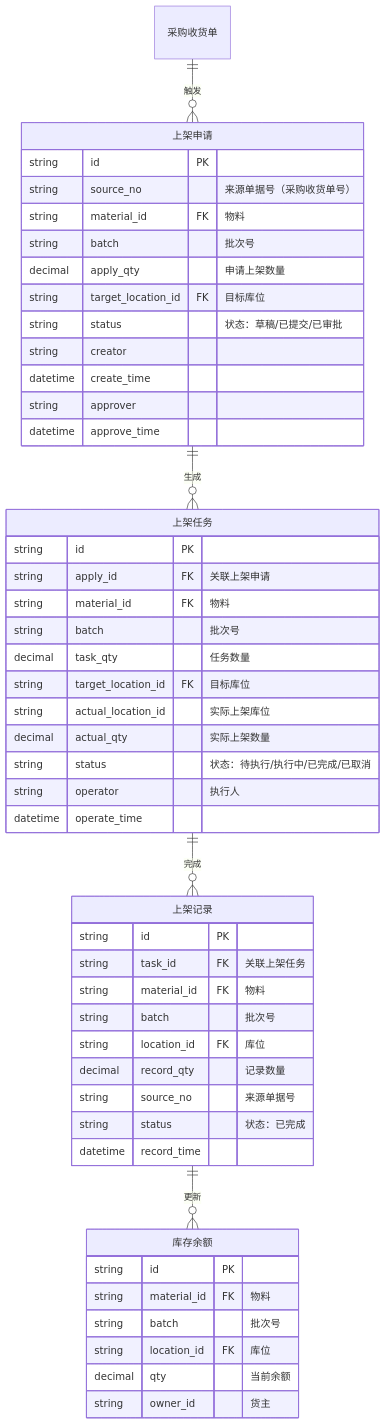
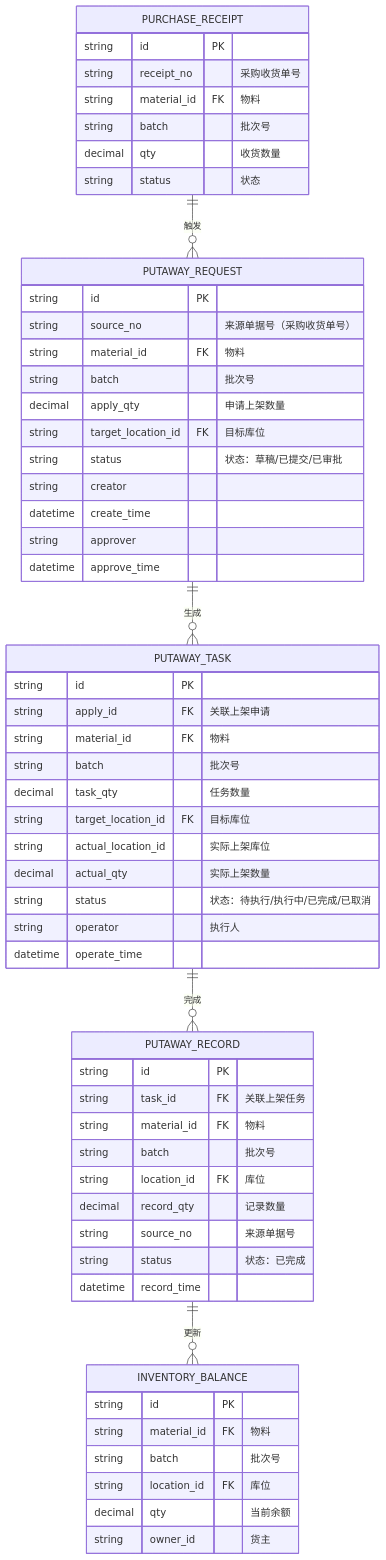
The first of 2 diagrams in docs/05-WMS-库房管理/05-采购上架/index.md (jiargcn/MomProductDocument), drawn with Mermaid before and after one commit. The commit also changed 3 other files, not shown here.

First line of the commit message:
fix: Mermaid ER/sequence 图渲染错误 — 中文实体名改为英文别名，participant 声明加空格

````diff
--- a/docs/05-WMS-库房管理/05-采购上架/index.md
+++ b/docs/05-WMS-库房管理/05-采购上架/index.md
@@ -19,56 +19,65 @@
 ```mermaid
 erDiagram
-    采购收货单 ||--o{ 上架申请 : "触发"
-    上架申请 ||--o{ 上架任务 : "生成"
-    上架任务 ||--o{ 上架记录 : "完成"
-    上架记录 ||--o{ 库存余额 : "更新"
+    PURCHASE_RECEIPT {
+        string id PK
+        string receipt_no "采购收货单号"
+        string material_id FK "物料"
+        string batch "批次号"
+        decimal qty "收货数量"
+        string status "状态"
+    }
 
-    上架申请 {
+    PUTAWAY_REQUEST {
         string id PK
         string source_no "来源单据号（采购收货单号）"
         string material_id FK "物料"
         string batch "批次号"
         decimal apply_qty "申请上架数量"
         string target_location_id FK "目标库位"
         string status "状态：草稿/已提交/已审批"
         string creator
         datetime create_time
         string approver
         datetime approve_time
     }
 
-    上架任务 {
+    PUTAWAY_TASK {
         string id PK
         string apply_id FK "关联上架申请"
         string material_id FK "物料"
         string batch "批次号"
         decimal task_qty "任务数量"
         string target_location_id FK "目标库位"
         string actual_location_id "实际上架库位"
         decimal actual_qty "实际上架数量"
         string status "状态：待执行/执行中/已完成/已取消"
         string operator "执行人"
         datetime operate_time
     }
 
-    上架记录 {
+    PUTAWAY_RECORD {
         string id PK
         string task_id FK "关联上架任务"
         string material_id FK "物料"
         string batch "批次号"
         string location_id FK "库位"
         decimal record_qty "记录数量"
         string source_no "来源单据号"
         string status "状态：已完成"
         datetime record_time
     }
 
-    库存余额 {
+    INVENTORY_BALANCE {
         string id PK
         string material_id FK "物料"
         string batch "批次号"
         string location_id FK "库位"
         decimal qty "当前余额"
         string owner_id "货主"
     }
+
+    PURCHASE_RECEIPT ||--o{ PUTAWAY_REQUEST : "触发"
+    PUTAWAY_REQUEST ||--o{ PUTAWAY_TASK : "生成"
+    PUTAWAY_TASK ||--o{ PUTAWAY_RECORD : "完成"
+    PUTAWAY_RECORD ||--o{ INVENTORY_BALANCE : "更新"
 ```
````
